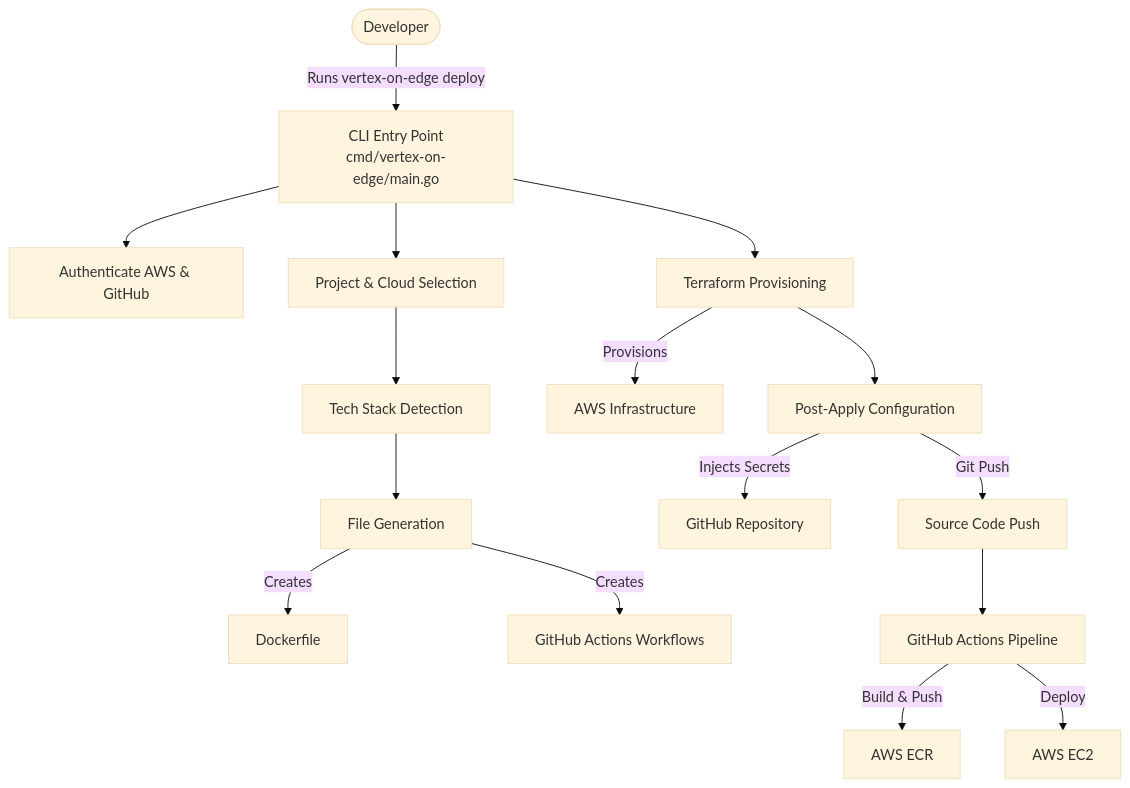
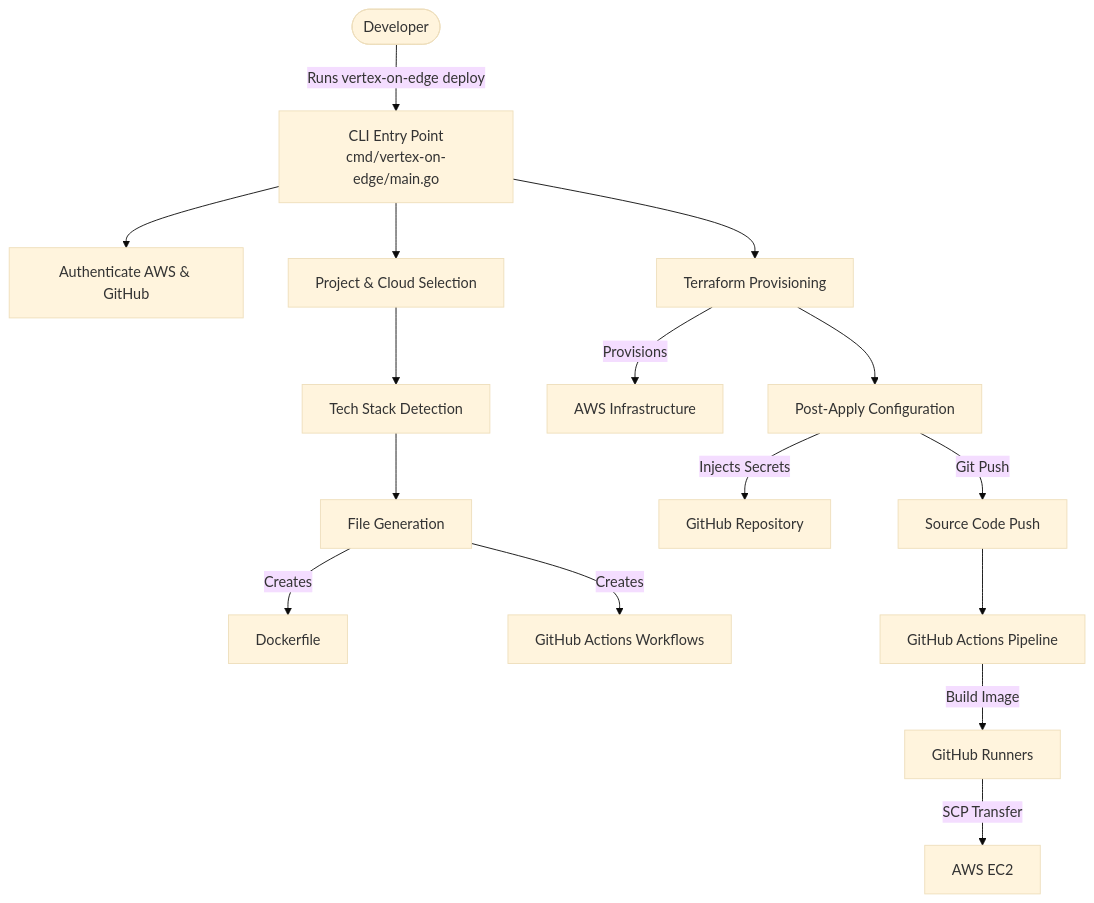
One commit to yashchokhat/vertex-on-edge-cli changed the first of 3 diagrams in README.md. Above: the diagram before and after it, drawn with Mermaid (base theme). The commit also changed other lines of this file, not shown here.

Commit message:
docs: update architecture documentation to reflect new SCP deployment mechanism

````diff
--- a/README.md
+++ b/README.md
@@ -13,22 +13,22 @@
 ```mermaid
 flowchart TD
     User([Developer]) --> |Runs vertex-on-edge deploy| CLI[CLI Entry Point\ncmd/vertex-on-edge/main.go]
     CLI --> Auth[Authenticate AWS & GitHub]
     CLI --> Select[Project & Cloud Selection]
     Select --> Detect[Tech Stack Detection]
     Detect --> Gen[File Generation]
     
     Gen --> |Creates| Dockerfile[Dockerfile]
     Gen --> |Creates| Workflows[GitHub Actions Workflows]
     
     CLI --> TF[Terraform Provisioning]
     TF --> |Provisions| AWS[AWS Infrastructure]
     
     TF --> PostTF[Post-Apply Configuration]
     PostTF --> |Injects Secrets| GH[GitHub Repository]
     PostTF --> |Git Push| Repo[Source Code Push]
     
     Repo --> CI[GitHub Actions Pipeline]
-    CI --> |Build & Push| ECR[AWS ECR]
-    CI --> |Deploy| EC2[AWS EC2]
+    CI --> |Build Image| Docker[GitHub Runners]
+    Docker --> |SCP Transfer| EC2[AWS EC2]
 ```
````
